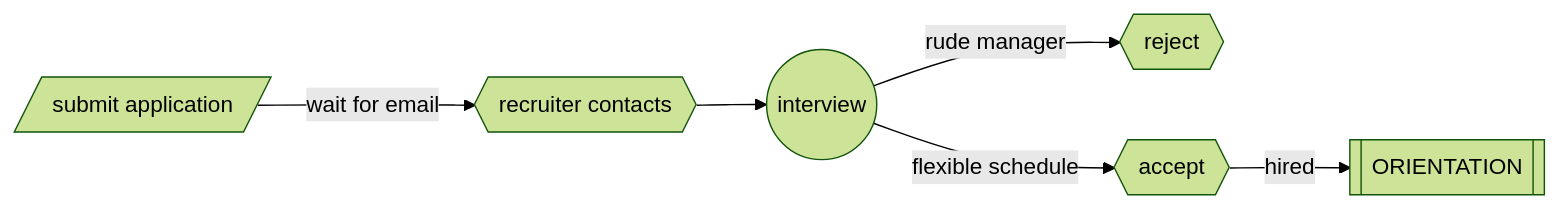
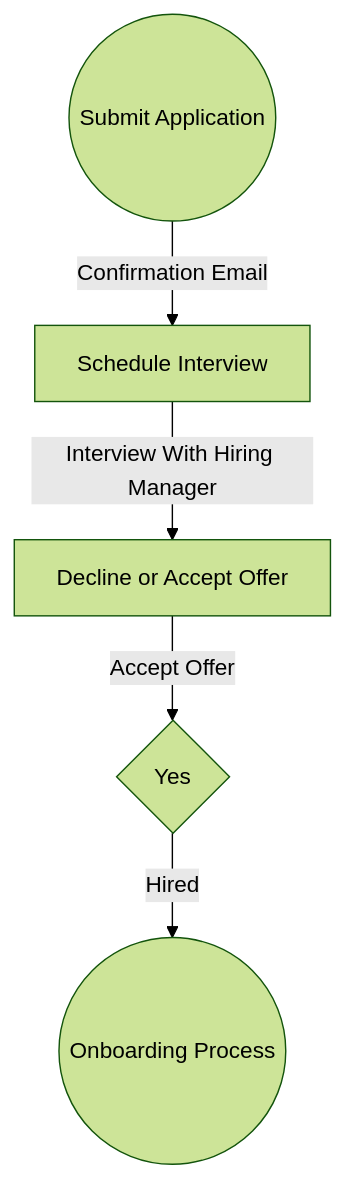
Before and after one commit to Viney-Glenn/Viney-Glenn.github.io: the diagram in Diagram.md, drawn with Mermaid (forest theme). The commit also changed other lines of this file, not shown here.

````diff
--- a/Diagram.md
+++ b/Diagram.md
@@ -1,8 +1,8 @@
 ```mermaid
-flowchart LR
-A[/submit application/] -->|wait for email| B{{recruiter contacts}}
-B --> C((interview))
-C -->|rude manager| D{{reject}}
-C -->|flexible schedule| E{{accept}} --hired
-  --> F[[ORIENTATION]]
+graph TD
+A((Submit Application)) -->|Confirmation Email| B[Schedule Interview]
+B[Schedule Interview]--Interview With Hiring Manager
+ --> C[Decline or Accept Offer]
+C -->|Accept Offer| E{Yes} --Hired
+  --> F((Onboarding Process))
   ```
````
